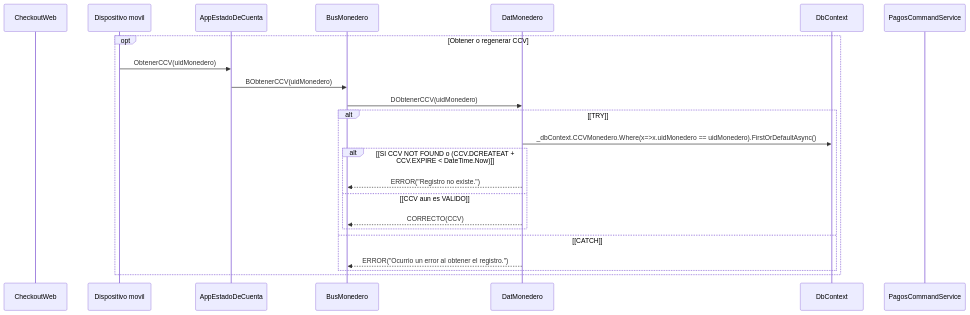
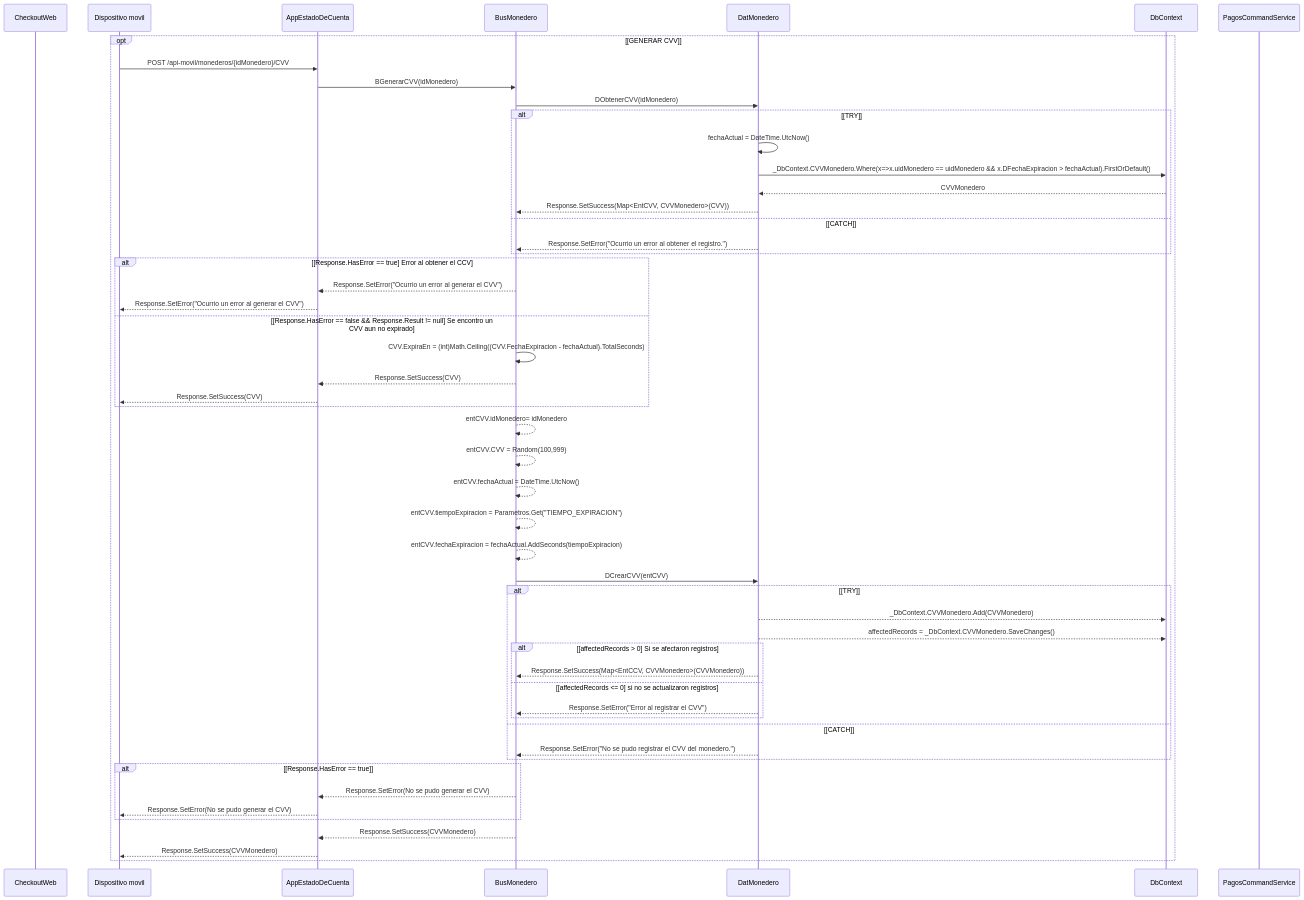
Before and after one commit to ymanzon/mermaid-studio-diagrams: the diagram in mermaid-diagrams/diagrams/generarcvv/diagram.mmd, drawn with Mermaid.

Commit message:
Mermaid Studio: update «GenerarCVV»

```diff
--- a/mermaid-diagrams/diagrams/generarcvv/diagram.mmd
+++ b/mermaid-diagrams/diagrams/generarcvv/diagram.mmd
@@ -1,24 +1,58 @@
 sequenceDiagram
     participant c2 as CheckoutWeb
     participant c1 as Dispositivo movil
     participant ms1 as AppEstadoDeCuenta
     participant buss1 as BusMonedero
     participant dat1 as DatMonedero
     participant DB as DbContext
     participant ms2 as PagosCommandService
 
-    opt Obtener o regenerar CCV 
-        c1->>ms1:ObtenerCCV(uidMonedero)
-        ms1->>buss1:BObtenerCCV(uidMonedero)
-        buss1->>dat1:DObtenerCCV(uidMonedero)
+    opt [GENERAR CVV]
+        c1->>ms1:POST	/api-movil/monederos/{idMonedero}/CVV
+        ms1->>buss1:BGenerarCVV(idMonedero)
+        buss1->>dat1:DObtenerCVV(idMonedero)
         alt [TRY]
-          dat1->>DB:_dbContext.CCVMonedero.Where(x=>x.uidMonedero == uidMonedero).FirstOrDefaultAsync()
-          alt [SI CCV NOT FOUND o (CCV.DCREATEAT + CCV.EXPIRE < DateTime.Now)]
-            dat1-->>buss1:ERROR("Registro no existe.")
-          else [CCV aun es VALIDO]
-            dat1-->>buss1:CORRECTO(CCV)
+          dat1->>dat1:fechaActual = DateTime.UtcNow()
+          dat1->>DB:_DbContext.CVVMonedero.Where(x=>x.uidMonedero == uidMonedero && x.DFechaExpiracion > fechaActual).FirstOrDefault()
+          DB-->>dat1:CVVMonedero
+          dat1-->>buss1:Response.SetSuccess(Map<EntCVV, CVVMonedero>(CVV))
+        else [CATCH]
+          dat1-->>buss1:Response.SetError("Ocurrio un error al obtener el registro.")
+        end
+
+        alt [Response.HasError == true] Error al obtener el CCV
+		      buss1-->>ms1:Response.SetError("Ocurrio un error al generar el CVV")
+          ms1-->>c1:Response.SetError("Ocurrio un error al generar el CVV")
+        else [Response.HasError == false && Response.Result != null] Se encontro un CVV aun no expirado
+          buss1->>buss1:CVV.ExpiraEn = (int)Math.Ceiling((CVV.FechaExpiracion - fechaActual).TotalSeconds);
+          buss1-->>ms1:Response.SetSuccess(CVV)
+          ms1-->>c1:Response.SetSuccess(CVV)
+        end
+
+        buss1-->>buss1: entCVV.idMonedero= idMonedero
+        buss1-->>buss1: entCVV.CVV = Random(100,999)
+        buss1-->>buss1: entCVV.fechaActual = DateTime.UtcNow()
+        buss1-->>buss1: entCVV.tiempoExpiracion = Parametros.Get("TIEMPO_EXPIRACION")
+        buss1-->>buss1: entCVV.fechaExpiracion = fechaActual.AddSeconds(tiempoExpiracion)
+        buss1->>dat1:DCrearCVV(entCVV);
+
+        alt [TRY]
+          dat1-->>DB:_DbContext.CVVMonedero.Add(CVVMonedero);
+          dat1-->>DB:affectedRecords = _DbContext.CVVMonedero.SaveChanges()
+
+          alt [affectedRecords > 0] Si se afectaron registros
+            dat1-->>buss1:Response.SetSuccess(Map<EntCCV, CVVMonedero>(CVVMonedero))
+          else [affectedRecords <= 0] si no se actualizaron registros
+            dat1-->>buss1:Response.SetError("Error al registrar el CVV")
           end
         else [CATCH]
-          dat1-->>buss1:ERROR("Ocurrio un error al obtener el registro.")
-        END
+          dat1-->>buss1: Response.SetError("No se pudo registrar el CVV del monedero.")
+        end
+
+        alt [Response.HasError == true]
+          buss1-->>ms1:Response.SetError(No se pudo generar el CVV)
+          ms1-->>c1:Response.SetError(No se pudo generar el CVV)
+        end
+        buss1-->>ms1:Response.SetSuccess(CVVMonedero)
+        ms1-->>c1:Response.SetSuccess(CVVMonedero)
     end
```
